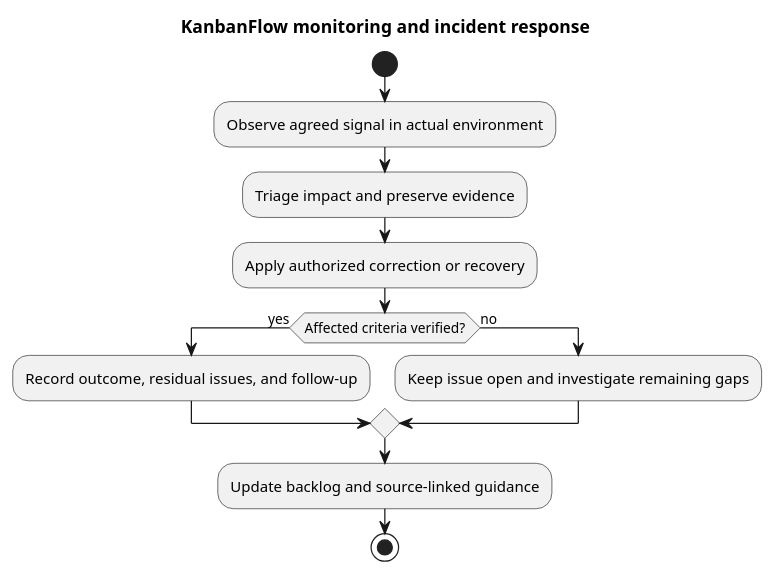
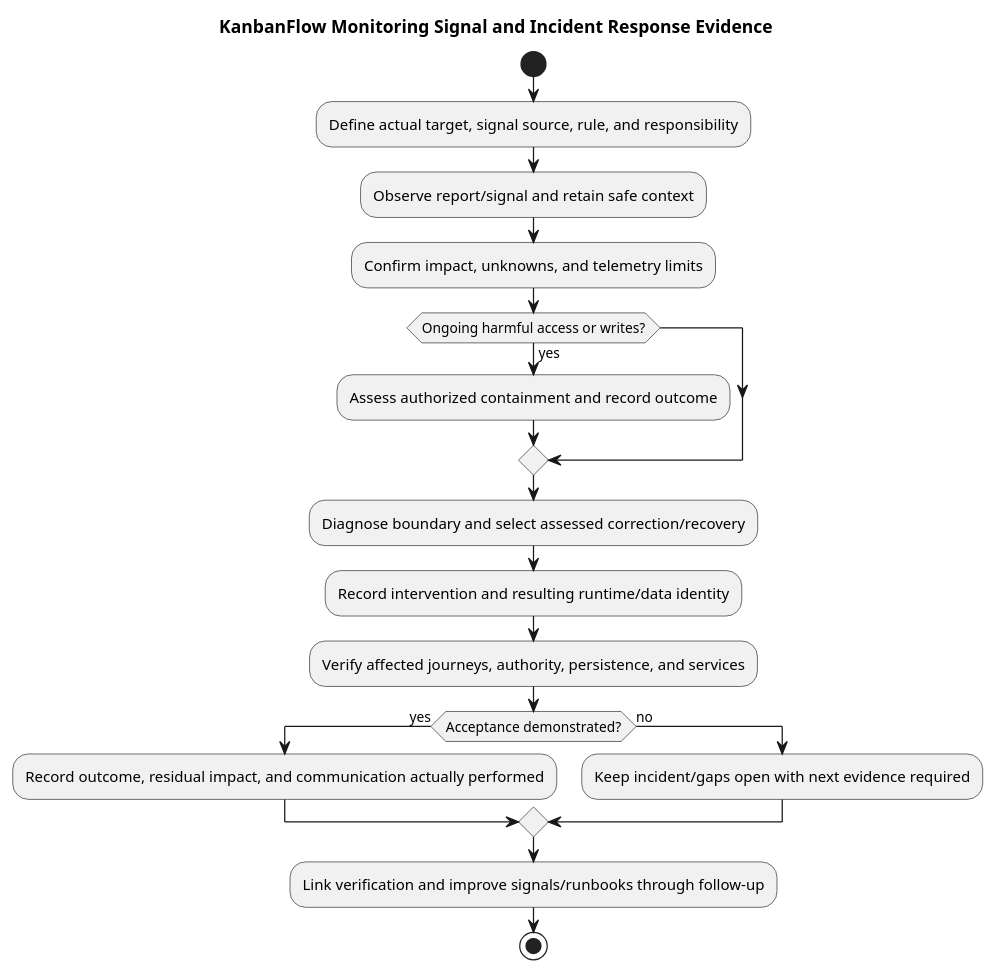
Before and after one commit to Farhad-Valizadegan/Web-KanbanFlow: the diagram in docs/SDLC/08-maintenance/monitoring-and-incident-response.md, drawn with PlantUML. The commit also changed other lines of this file and 2 other files, not shown here.

Commit message:
docs: complete monitoring signals and incident response evidence

````diff
--- a/docs/SDLC/08-maintenance/monitoring-and-incident-response.md
+++ b/docs/SDLC/08-maintenance/monitoring-and-incident-response.md
@@ -41,16 +123,22 @@
 ```plantuml
 @startuml
-title KanbanFlow monitoring and incident response
+title KanbanFlow Monitoring Signal and Incident Response Evidence
 start
-:Observe agreed signal in actual environment;
-:Triage impact and preserve evidence;
-:Apply authorized correction or recovery;
-if (Affected criteria verified?) then (yes)
-:Record outcome, residual issues, and follow-up;
+:Define actual target, signal source, rule, and responsibility;
+:Observe report/signal and retain safe context;
+:Confirm impact, unknowns, and telemetry limits;
+if (Ongoing harmful access or writes?) then (yes)
+ :Assess authorized containment and record outcome;
+endif
+:Diagnose boundary and select assessed correction/recovery;
+:Record intervention and resulting runtime/data identity;
+:Verify affected journeys, authority, persistence, and services;
+if (Acceptance demonstrated?) then (yes)
+ :Record outcome, residual impact, and communication actually performed;
 else (no)
-:Keep issue open and investigate remaining gaps;
+ :Keep incident/gaps open with next evidence required;
 endif
-:Update backlog and source-linked guidance;
+:Link verification and improve signals/runbooks through follow-up;
 stop
 @enduml
 ```
````
